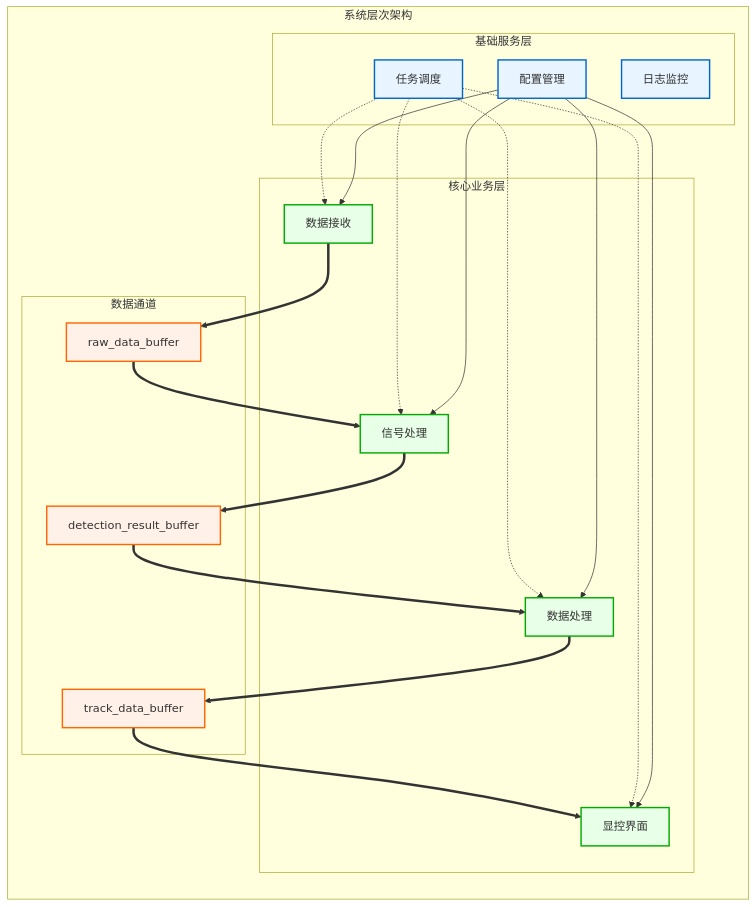
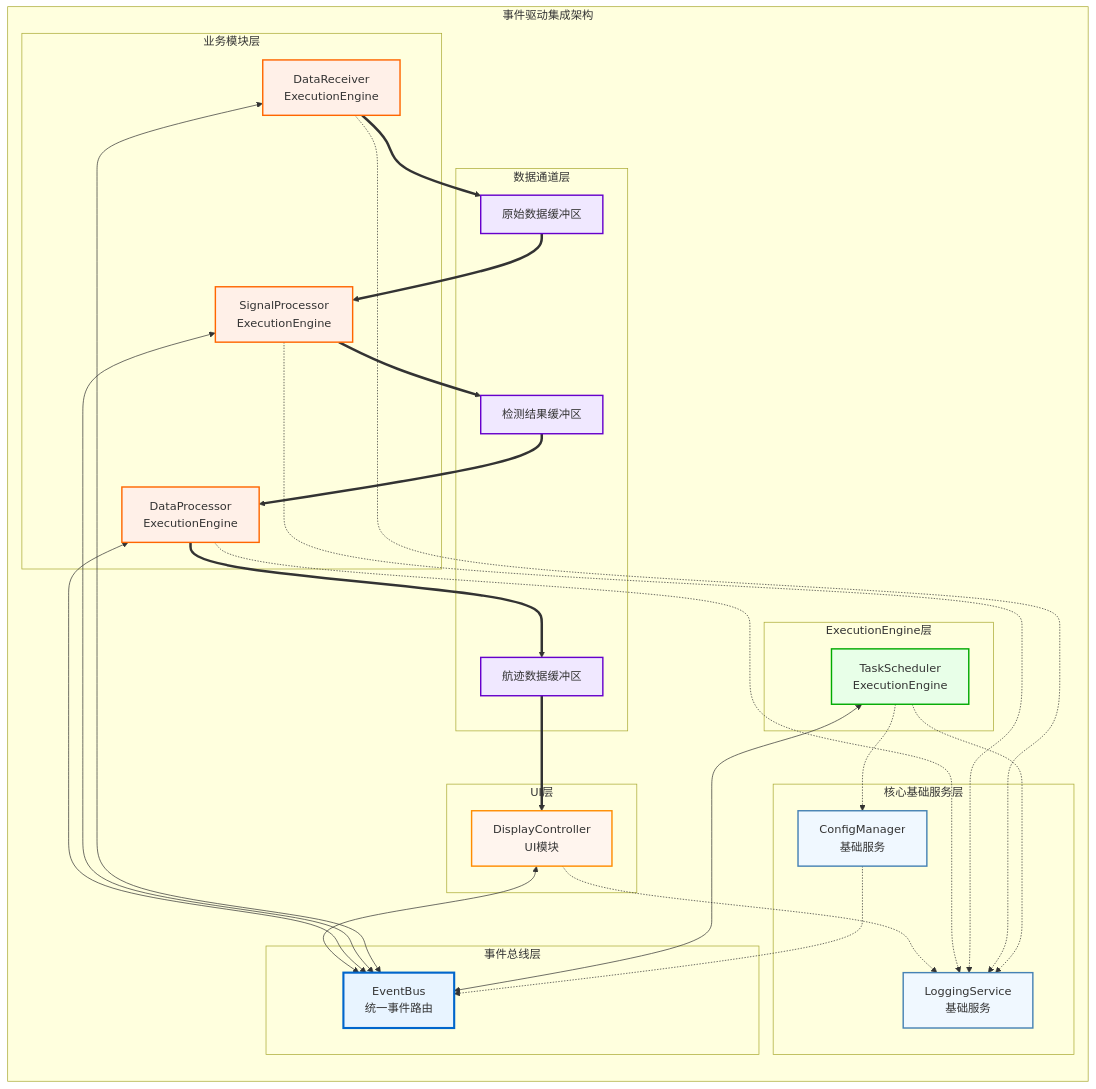
Before and after one commit to wendizhou99-cell/Radar: the first of 15 diagrams in docs/01_项目设计/02_模块设计/99_模块集成策略.md, drawn with Mermaid. The commit also changed other lines of this file and 22 other files, not shown here.

````diff
--- a/docs/01_项目设计/02_模块设计/99_模块集成策略.md
+++ b/docs/01_项目设计/02_模块设计/99_模块集成策略.md
@@ -69,52 +90,75 @@
 ```mermaid
 flowchart TB
-    subgraph "系统层次架构"
+    subgraph "事件驱动集成架构"
         direction TB
-        subgraph "基础服务层"
-            CONFIG[配置管理]
-            LOG[日志监控]
-            SCHEDULER[任务调度]
+
+        subgraph "事件总线层"
+            EVENTBUS[EventBus<br/>统一事件路由]
         end
 
-        subgraph "核心业务层"
-            RECEIVER[数据接收]
-            SIGNAL[信号处理]
-            DATA[数据处理]
-            DISPLAY[显控界面]
+        subgraph "核心基础服务层"
+            CONFIG_SERVICE[ConfigManager<br/>基础服务]
+            LOG_SERVICE[LoggingService<br/>基础服务]
         end
 
-        subgraph "数据通道"
-            BUFFER1[raw_data_buffer]
-            BUFFER2[detection_result_buffer]
-            BUFFER3[track_data_buffer]
+        subgraph "ExecutionEngine层"
+            TASK_ENGINE[TaskScheduler<br/>ExecutionEngine]
+        end
+
+        subgraph "业务模块层"
+            DATA_RECV[DataReceiver<br/>ExecutionEngine]
+            SIGNAL_PROC[SignalProcessor<br/>ExecutionEngine]
+            DATA_PROC[DataProcessor<br/>ExecutionEngine]
+        end
+
+        subgraph "UI层"
+            DISPLAY[DisplayController<br/>UI模块]
+        end
+
+        subgraph "数据通道层"
+            BUFFER1[原始数据缓冲区]
+            BUFFER2[检测结果缓冲区]
+            BUFFER3[航迹数据缓冲区]
         end
     end
 
-    %% 数据流（粗实线）
-    RECEIVER ==> BUFFER1
-    BUFFER1 ==> SIGNAL
-    SIGNAL ==> BUFFER2
-    BUFFER2 ==> DATA
-    DATA ==> BUFFER3
+    %% 事件流（双向）- 只有真正的ExecutionEngine模块参与事件总线
+    TASK_ENGINE <--> EVENTBUS
+    DATA_RECV <--> EVENTBUS
+    SIGNAL_PROC <--> EVENTBUS
+    DATA_PROC <--> EVENTBUS
+    DISPLAY <--> EVENTBUS
+
+    %% 服务依赖关系（注入方式）
+    TASK_ENGINE -.-> CONFIG_SERVICE
+    TASK_ENGINE -.-> LOG_SERVICE
+    DATA_RECV -.-> LOG_SERVICE
+    SIGNAL_PROC -.-> LOG_SERVICE
+    DATA_PROC -.-> LOG_SERVICE
+    DISPLAY -.-> LOG_SERVICE
+
+    %% 配置事件发布（ConfigManager通过EventBus发布配置变更）
+    CONFIG_SERVICE -.-> EVENTBUS
+
+    %% 数据流（单向）
+    DATA_RECV ==> BUFFER1
+    BUFFER1 ==> SIGNAL_PROC
+    SIGNAL_PROC ==> BUFFER2
+    BUFFER2 ==> DATA_PROC
+    DATA_PROC ==> BUFFER3
     BUFFER3 ==> DISPLAY
 
-    %% 控制流（虚线）
-    SCHEDULER -.-> RECEIVER
-    SCHEDULER -.-> SIGNAL
-    SCHEDULER -.-> DATA
-    SCHEDULER -.-> DISPLAY
+    classDef eventbus fill:#e8f4ff,stroke:#0066cc,stroke-width:3px
+    classDef service fill:#f0f8ff,stroke:#4682b4,stroke-width:2px
+    classDef engine fill:#e8ffe8,stroke:#00aa00,stroke-width:2px
+    classDef business fill:#fff0e8,stroke:#ff6600,stroke-width:2px
+    classDef ui_module fill:#fff5ee,stroke:#ff8c00,stroke-width:2px
+    classDef buffer fill:#f0e8ff,stroke:#6600cc,stroke-width:2px
 
-    %% 配置流（点线）
-    CONFIG --> RECEIVER
-    CONFIG --> SIGNAL
-    CONFIG --> DATA
-    CONFIG --> DISPLAY
-
-    classDef service fill:#e8f4ff,stroke:#0066cc,stroke-width:2px
-    classDef business fill:#e8ffe8,stroke:#00aa00,stroke-width:2px
-    classDef buffer fill:#fff0e8,stroke:#ff6600,stroke-width:2px
-
-    class CONFIG,LOG,SCHEDULER service
-    class RECEIVER,SIGNAL,DATA,DISPLAY business
+    class EVENTBUS eventbus
+    class CONFIG_SERVICE,LOG_SERVICE service
+    class TASK_ENGINE engine
+    class DATA_RECV,SIGNAL_PROC,DATA_PROC business
+    class DISPLAY ui_module
     class BUFFER1,BUFFER2,BUFFER3 buffer
 ```
````
